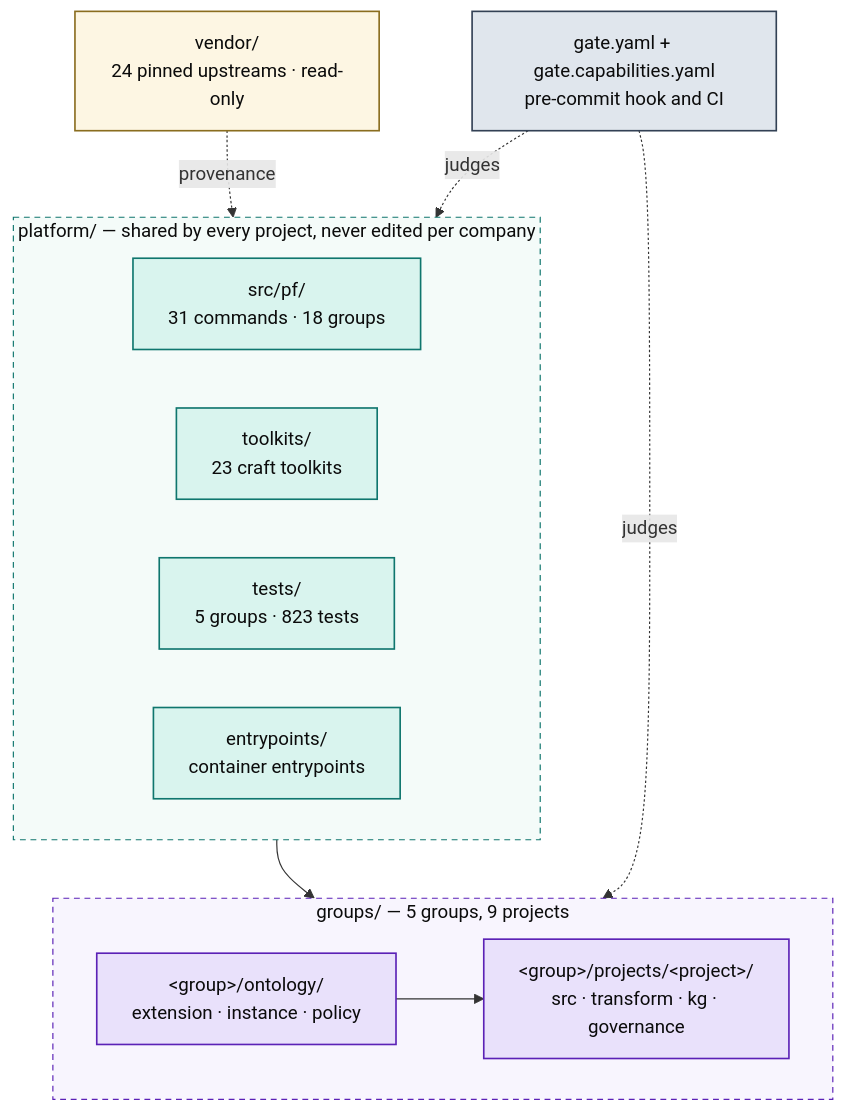
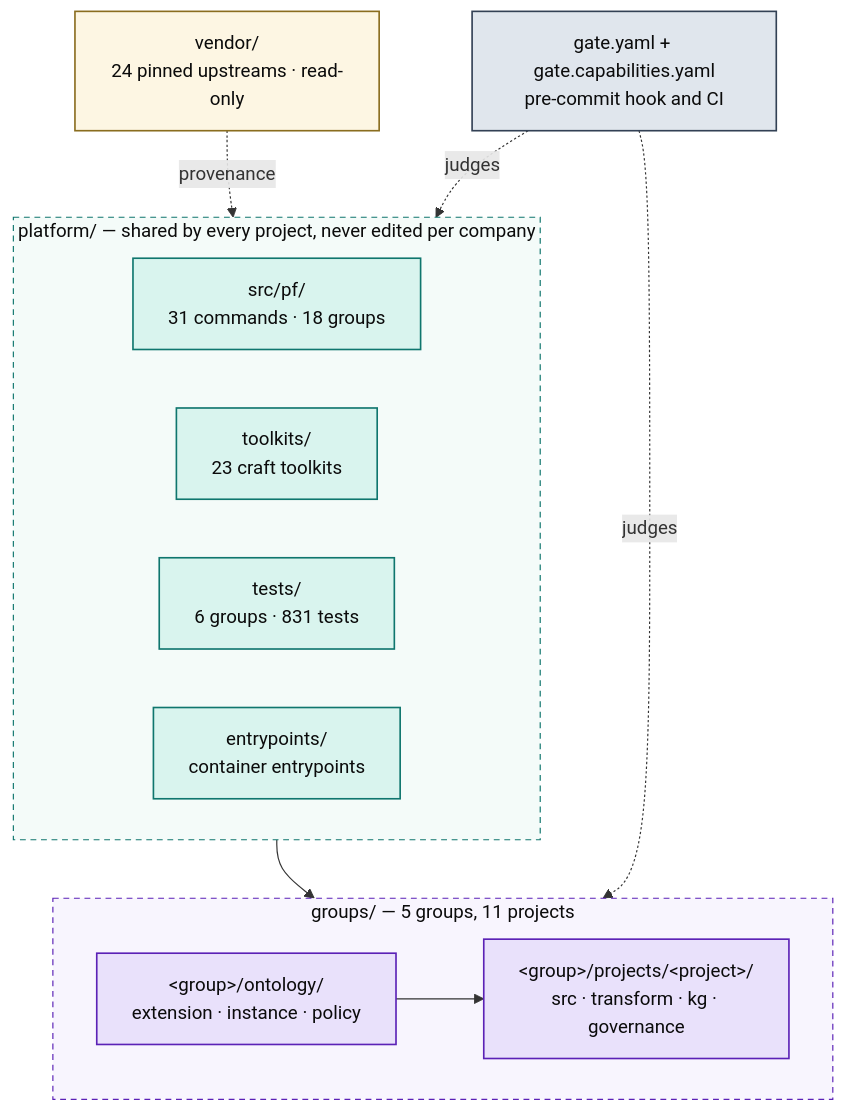
The first of 5 diagrams in docs/ARCHITECTURE.md (Atomz-org/data-platform), drawn with Mermaid before and after one commit. The commit also changed other lines of this file and 1 other file, not shown here.

First line of the commit message:
Register the two new workspace members and refresh the architecture map

````diff
--- a/docs/ARCHITECTURE.md
+++ b/docs/ARCHITECTURE.md
@@ -15,36 +15,36 @@
 ```mermaid
 flowchart TB
   subgraph SHARED["platform/ — shared by every project, never edited per company"]
     direction LR
     ENG["src/pf/<br/>31 commands · 18 groups"]
     TK["toolkits/<br/>23 craft toolkits"]
-    TST["tests/<br/>5 groups · 823 tests"]
+    TST["tests/<br/>6 groups · 831 tests"]
     ENT["entrypoints/<br/>container entrypoints"]
   end
 
-  subgraph ENTITIES["groups/ — 5 groups, 9 projects"]
+  subgraph ENTITIES["groups/ — 5 groups, 11 projects"]
     direction LR
     GRP["&lt;group&gt;/ontology/<br/>extension · instance · policy"]
     PRJ["&lt;group&gt;/projects/&lt;project&gt;/<br/>src · transform · kg · governance"]
     GRP --> PRJ
   end
 
   VEN["vendor/<br/>24 pinned upstreams · read-only"]
   GATE["gate.yaml + gate.capabilities.yaml<br/>pre-commit hook and CI"]
 
   SHARED --> ENTITIES
   VEN -.provenance.-> SHARED
   GATE -.judges.-> ENTITIES
   GATE -.judges.-> SHARED
 
   classDef code fill:#d9f4ee,stroke:#0f766e,stroke-width:1.4px,color:#0b0b0b
   classDef data fill:#e9e1fb,stroke:#5b21b6,stroke-width:1.4px,color:#0b0b0b
   classDef gov fill:#e0e6ed,stroke:#334155,stroke-width:1.4px,color:#0b0b0b
   classDef ext fill:#fdf6e3,stroke:#8a6d1f,stroke-width:1.4px,color:#0b0b0b
   class ENG,TK,TST,ENT code
   class GRP,PRJ data
   class GATE gov
   class VEN ext
   style SHARED fill:#f4fbf9,stroke:#0f766e,stroke-dasharray:5 4,color:#0b0b0b
   style ENTITIES fill:#f8f5fe,stroke:#5b21b6,stroke-dasharray:5 4,color:#0b0b0b
 ```
````
